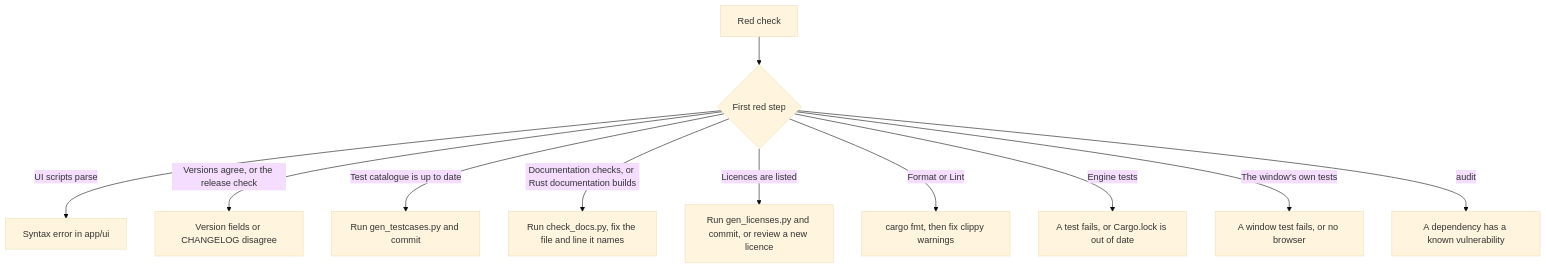
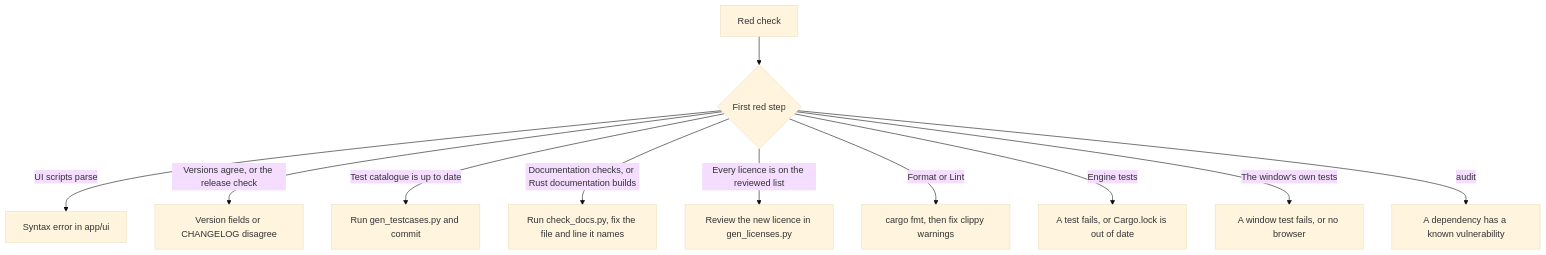
The diagram in docs/runbooks/ci-failure.md (SarangVehale/email-todolist), drawn with Mermaid (base theme) before and after one commit. The commit also changed other lines of this file and 27 other files, not shown here.

````diff
--- a/docs/runbooks/ci-failure.md
+++ b/docs/runbooks/ci-failure.md
@@ -23,13 +23,13 @@
 ```mermaid
 flowchart TD
     A["Red check"] --> B{"First red step"}
     B -- "UI scripts parse" --> C["Syntax error in app/ui"]
     B -- "Versions agree, or the release check" --> D["Version fields or CHANGELOG disagree"]
     B -- "Test catalogue is up to date" --> E["Run gen_testcases.py and commit"]
     B -- "Documentation checks, or Rust documentation builds" --> K["Run check_docs.py, fix the file and line it names"]
-    B -- "Licences are listed" --> L["Run gen_licenses.py and commit, or review a new licence"]
+    B -- "Every licence is on the reviewed list" --> L["Review the new licence in gen_licenses.py"]
     B -- "Format or Lint" --> F["cargo fmt, then fix clippy warnings"]
     B -- "Engine tests" --> G["A test fails, or Cargo.lock is out of date"]
     B -- "The window's own tests" --> H["A window test fails, or no browser"]
     B -- "audit" --> I["A dependency has a known vulnerability"]
 ```
````
